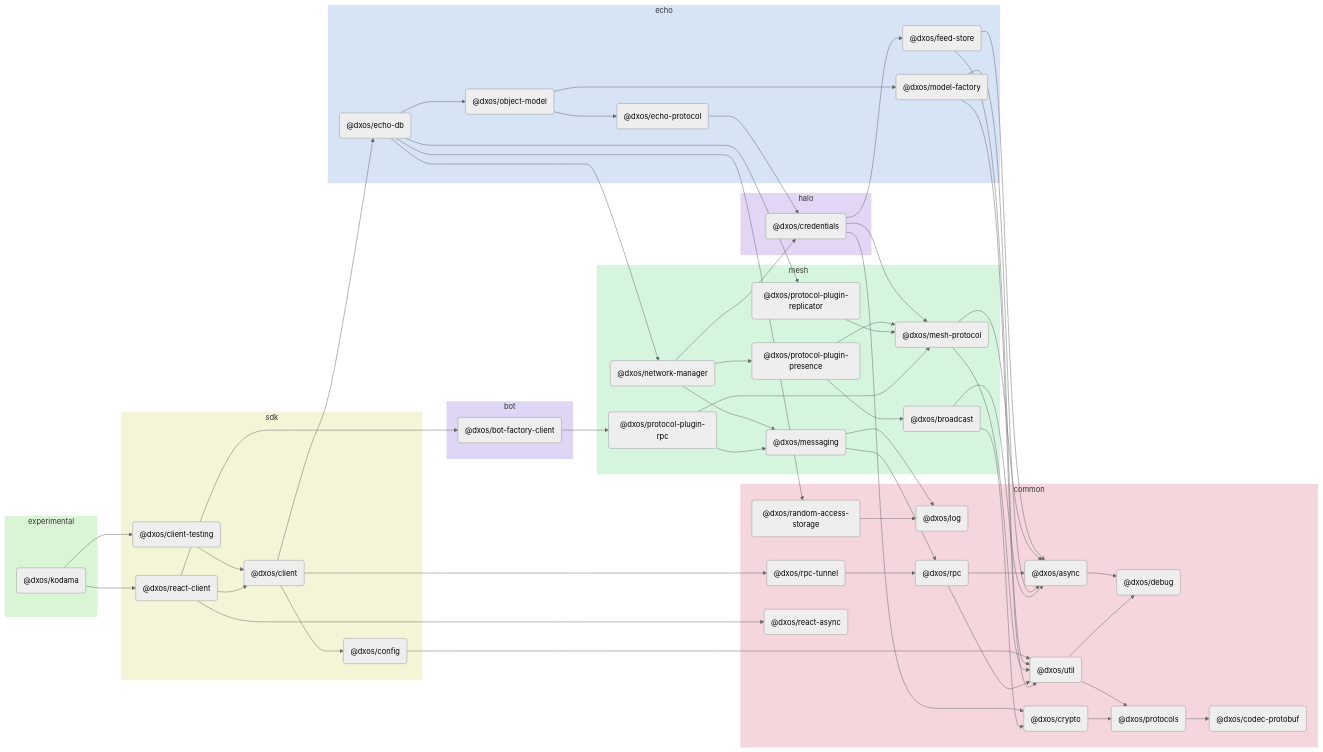
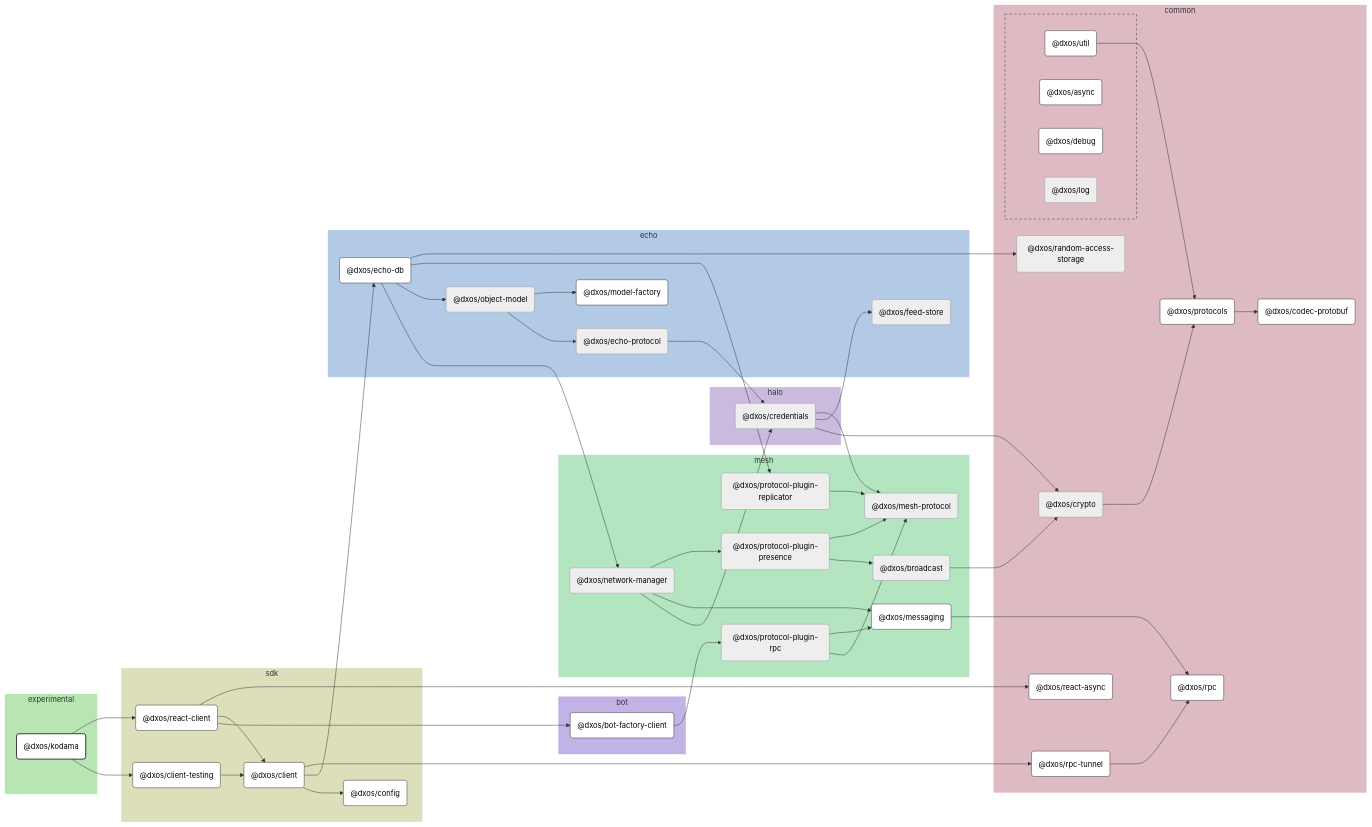
The diagram in apps/experimental/kodama/docs/README.md (dxos/dxos), drawn with Mermaid (neutral theme) before and after one commit. The commit also changed other lines of this file and 109 other files, not shown here.

````diff
--- a/apps/experimental/kodama/docs/README.md
+++ b/apps/experimental/kodama/docs/README.md
@@ -5,110 +7,155 @@
 ```mermaid
-flowchart LR;
+%%{ init: {'flowchart':{'curve':'basis'}} }%%
 
+flowchart LR
+
+%% Links
+dxos/bot-factory-client --> dxos/protocol-plugin-rpc;
+dxos/broadcast --> dxos/crypto;
+dxos/client --> dxos/config;
+dxos/client --> dxos/echo-db;
+dxos/client --> dxos/rpc-tunnel;
+dxos/client-testing --> dxos/client;
+dxos/credentials --> dxos/crypto;
+dxos/credentials --> dxos/feed-store;
+dxos/credentials --> dxos/mesh-protocol;
+dxos/crypto --> dxos/protocols;
+dxos/echo-db --> dxos/network-manager;
+dxos/echo-db --> dxos/object-model;
+dxos/echo-db --> dxos/protocol-plugin-replicator;
+dxos/echo-db --> dxos/random-access-storage;
+dxos/echo-protocol --> dxos/credentials;
+dxos/kodama --> dxos/client-testing;
+dxos/kodama --> dxos/react-client;
+dxos/messaging --> dxos/rpc;
+dxos/network-manager --> dxos/credentials;
+dxos/network-manager --> dxos/messaging;
+dxos/network-manager --> dxos/protocol-plugin-presence;
+dxos/object-model --> dxos/echo-protocol;
+dxos/object-model --> dxos/model-factory;
+dxos/protocol-plugin-presence --> dxos/broadcast;
+dxos/protocol-plugin-presence --> dxos/mesh-protocol;
+dxos/protocol-plugin-replicator --> dxos/mesh-protocol;
+dxos/protocol-plugin-rpc --> dxos/mesh-protocol;
+dxos/protocol-plugin-rpc --> dxos/messaging;
+dxos/protocols --> dxos/codec-protobuf;
+dxos/react-client --> dxos/bot-factory-client;
+dxos/react-client --> dxos/client;
+dxos/react-client --> dxos/react-async;
+dxos/rpc-tunnel --> dxos/rpc;
+dxos/util --> dxos/protocols;
+
+%% Sections
 subgraph experimental
-  style experimental fill:#d9f5d6,stroke:#fff;
-  dxos/kodama("@dxos/kodama");
+  style experimental fill:#b8e6b3,stroke:#fff;
+
+  dxos/kodama("@dxos/kodama")
 end
 
 subgraph common
-  style common fill:#f5d6dd,stroke:#fff;
-  dxos/async("@dxos/async");
-  dxos/debug("@dxos/debug");
-  dxos/codec-protobuf("@dxos/codec-protobuf");
-  dxos/protocols("@dxos/protocols");
-  dxos/util("@dxos/util");
-  dxos/log("@dxos/log");
-  dxos/crypto("@dxos/crypto");
-  dxos/rpc("@dxos/rpc");
-  dxos/random-access-storage("@dxos/random-access-storage");
-  dxos/rpc-tunnel("@dxos/rpc-tunnel");
-  dxos/react-async("@dxos/react-async");
+  style common fill:#debac2,stroke:#fff;
+
+  dxos/codec-protobuf("@dxos/codec-protobuf")
+  dxos/crypto("@dxos/crypto")
+  dxos/protocols("@dxos/protocols")
+  dxos/random-access-storage("@dxos/random-access-storage")
+  dxos/react-async("@dxos/react-async")
+  dxos/rpc("@dxos/rpc")
+  dxos/rpc-tunnel("@dxos/rpc-tunnel")
+
+  subgraph common-excluded [ ]
+    style common-excluded fill:#debac2,stroke:#333,stroke-dasharray:5 5;
+
+    dxos/async("@dxos/async")
+    dxos/debug("@dxos/debug")
+    dxos/log("@dxos/log")
+    dxos/util("@dxos/util")
+  end
 end
 
 subgraph sdk
-  style sdk fill:#f4f5d6,stroke:#fff;
-  dxos/client("@dxos/client");
-  dxos/config("@dxos/config");
-  dxos/client-testing("@dxos/client-testing");
-  dxos/react-client("@dxos/react-client");
+  style sdk fill:#dddeba,stroke:#fff;
+
+  dxos/client("@dxos/client")
+  dxos/client-testing("@dxos/client-testing")
+  dxos/config("@dxos/config")
+  dxos/react-client("@dxos/react-client")
 end
 
 subgraph echo
-  style echo fill:#d6e4f5,stroke:#fff;
-  dxos/echo-db("@dxos/echo-db");
-  dxos/feed-store("@dxos/feed-store");
-  dxos/echo-protocol("@dxos/echo-protocol");
-  dxos/model-factory("@dxos/model-factory");
-  dxos/object-model("@dxos/object-model");
+  style echo fill:#b3cae6,stroke:#fff;
+
+  dxos/echo-db("@dxos/echo-db")
+  dxos/echo-protocol("@dxos/echo-protocol")
+  dxos/feed-store("@dxos/feed-store")
+  dxos/model-factory("@dxos/model-factory")
+  dxos/object-model("@dxos/object-model")
 end
 
 subgraph halo
-  style halo fill:#e3d6f5,stroke:#fff;
-  dxos/credentials("@dxos/credentials");
+  style halo fill:#cabade,stroke:#fff;
+
+  dxos/credentials("@dxos/credentials")
 end
 
 subgraph mesh
-  style mesh fill:#d6f5de,stroke:#fff;
-  dxos/mesh-protocol("@dxos/mesh-protocol");
-  dxos/messaging("@dxos/messaging");
-  dxos/network-manager("@dxos/network-manager");
-  dxos/protocol-plugin-presence("@dxos/protocol-plugin-presence");
-  dxos/broadcast("@dxos/broadcast");
-  dxos/protocol-plugin-replicator("@dxos/protocol-plugin-replicator");
-  dxos/protocol-plugin-rpc("@dxos/protocol-plugin-rpc");
+  style mesh fill:#b3e6c0,stroke:#fff;
+
+  dxos/broadcast("@dxos/broadcast")
+  dxos/mesh-protocol("@dxos/mesh-protocol")
+  dxos/messaging("@dxos/messaging")
+  dxos/network-manager("@dxos/network-manager")
+  dxos/protocol-plugin-presence("@dxos/protocol-plugin-presence")
+  dxos/protocol-plugin-replicator("@dxos/protocol-plugin-replicator")
+  dxos/protocol-plugin-rpc("@dxos/protocol-plugin-rpc")
 end
 
 subgraph bot
-  style bot fill:#dfd6f5,stroke:#fff;
-  dxos/bot-factory-client("@dxos/bot-factory-client");
+  style bot fill:#c2b3e6,stroke:#fff;
+
+  dxos/bot-factory-client("@dxos/bot-factory-client")
 end
 
-dxos/async --> dxos/debug;
-dxos/client --> dxos/config;
-dxos/protocols --> dxos/codec-protobuf;
-dxos/config --> dxos/util;
-dxos/util --> dxos/debug;
-dxos/util --> dxos/protocols;
-dxos/client --> dxos/echo-db;
-dxos/credentials --> dxos/crypto;
-dxos/crypto --> dxos/protocols;
-dxos/credentials --> dxos/feed-store;
-dxos/feed-store --> dxos/async;
-dxos/feed-store --> dxos/util;
-dxos/credentials --> dxos/mesh-protocol;
-dxos/mesh-protocol --> dxos/async;
-dxos/mesh-protocol --> dxos/util;
-dxos/echo-protocol --> dxos/credentials;
-dxos/messaging --> dxos/log;
-dxos/messaging --> dxos/rpc;
-dxos/rpc --> dxos/async;
-dxos/rpc --> dxos/util;
-dxos/model-factory --> dxos/async;
-dxos/model-factory --> dxos/util;
-dxos/echo-db --> dxos/network-manager;
-dxos/network-manager --> dxos/credentials;
-dxos/network-manager --> dxos/messaging;
-dxos/network-manager --> dxos/protocol-plugin-presence;
-dxos/protocol-plugin-presence --> dxos/broadcast;
-dxos/broadcast --> dxos/async;
-dxos/broadcast --> dxos/crypto;
-dxos/protocol-plugin-presence --> dxos/mesh-protocol;
-dxos/echo-db --> dxos/object-model;
-dxos/object-model --> dxos/echo-protocol;
-dxos/object-model --> dxos/model-factory;
-dxos/echo-db --> dxos/protocol-plugin-replicator;
-dxos/protocol-plugin-replicator --> dxos/mesh-protocol;
-dxos/echo-db --> dxos/random-access-storage;
-dxos/random-access-storage --> dxos/log;
-dxos/client --> dxos/rpc-tunnel;
-dxos/rpc-tunnel --> dxos/rpc;
-dxos/kodama --> dxos/client-testing;
-dxos/client-testing --> dxos/client;
-dxos/kodama --> dxos/react-client;
-dxos/react-client --> dxos/bot-factory-client;
-dxos/bot-factory-client --> dxos/protocol-plugin-rpc;
-dxos/protocol-plugin-rpc --> dxos/messaging;
-dxos/protocol-plugin-rpc --> dxos/mesh-protocol;
-dxos/react-client --> dxos/client;
-dxos/react-client --> dxos/react-async;
+
+%% Hyperlinks
+click dxos/async href "https:/github.com/dxos/dxos/tree/main/packages/common/async/docs";
+click dxos/bot-factory-client href "https:/github.com/dxos/dxos/tree/main/packages/bot/bot-factory-client/docs";
+click dxos/client href "https:/github.com/dxos/dxos/tree/main/packages/sdk/client/docs";
+click dxos/client-testing href "https:/github.com/dxos/dxos/tree/main/packages/sdk/client-testing/docs";
+click dxos/codec-protobuf href "https:/github.com/dxos/dxos/tree/main/packages/common/codec-protobuf/docs";
+click dxos/config href "https:/github.com/dxos/dxos/tree/main/packages/sdk/config/docs";
+click dxos/debug href "https:/github.com/dxos/dxos/tree/main/packages/common/debug/docs";
+click dxos/echo-db href "https:/github.com/dxos/dxos/tree/main/packages/echo/echo-db/docs";
+click dxos/messaging href "https:/github.com/dxos/dxos/tree/main/packages/mesh/messaging/docs";
+click dxos/model-factory href "https:/github.com/dxos/dxos/tree/main/packages/echo/model-factory/docs";
+click dxos/protocols href "https:/github.com/dxos/dxos/tree/main/packages/common/protocols/docs";
+click dxos/react-async href "https:/github.com/dxos/dxos/tree/main/packages/common/react-async/docs";
+click dxos/react-client href "https:/github.com/dxos/dxos/tree/main/packages/sdk/react-client/docs";
+click dxos/rpc href "https:/github.com/dxos/dxos/tree/main/packages/common/rpc/docs";
+click dxos/rpc-tunnel href "https:/github.com/dxos/dxos/tree/main/packages/common/rpc-tunnel/docs";
+click dxos/util href "https:/github.com/dxos/dxos/tree/main/packages/common/util/docs";
+
+%% Styles
+classDef rootNode fill:#fff,stroke:#333,stroke-width:2px
+classDef defaultNode fill:#fff,stroke:#333,stroke-width:1px
+linkStyle default stroke:#333,stroke-width:1px
+
+dxos/kodama:::rootNode
+
+dxos/async:::defaultNode
+dxos/bot-factory-client:::defaultNode
+dxos/client:::defaultNode
+dxos/client-testing:::defaultNode
+dxos/codec-protobuf:::defaultNode
+dxos/config:::defaultNode
+dxos/debug:::defaultNode
+dxos/echo-db:::defaultNode
+dxos/messaging:::defaultNode
+dxos/model-factory:::defaultNode
+dxos/protocols:::defaultNode
+dxos/react-async:::defaultNode
+dxos/react-client:::defaultNode
+dxos/rpc:::defaultNode
+dxos/rpc-tunnel:::defaultNode
+dxos/util:::defaultNode
 ```
````
